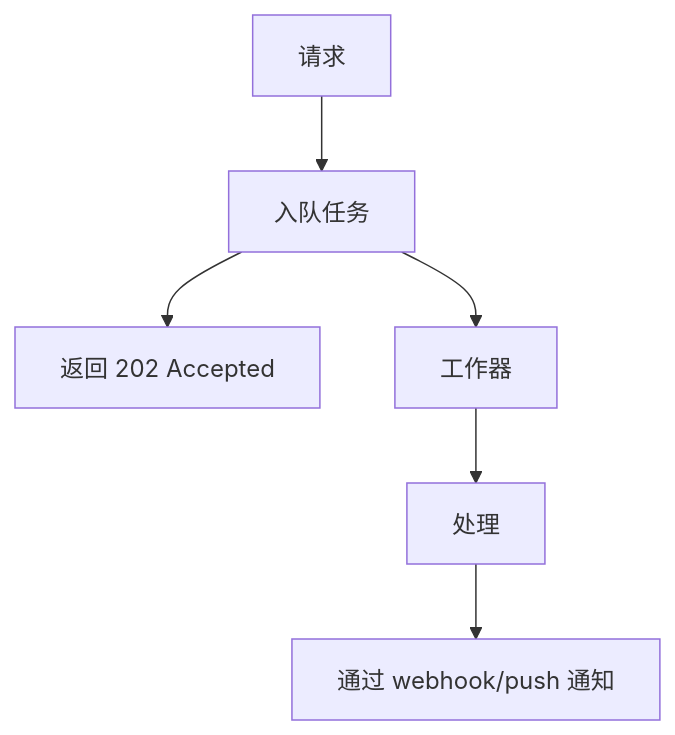
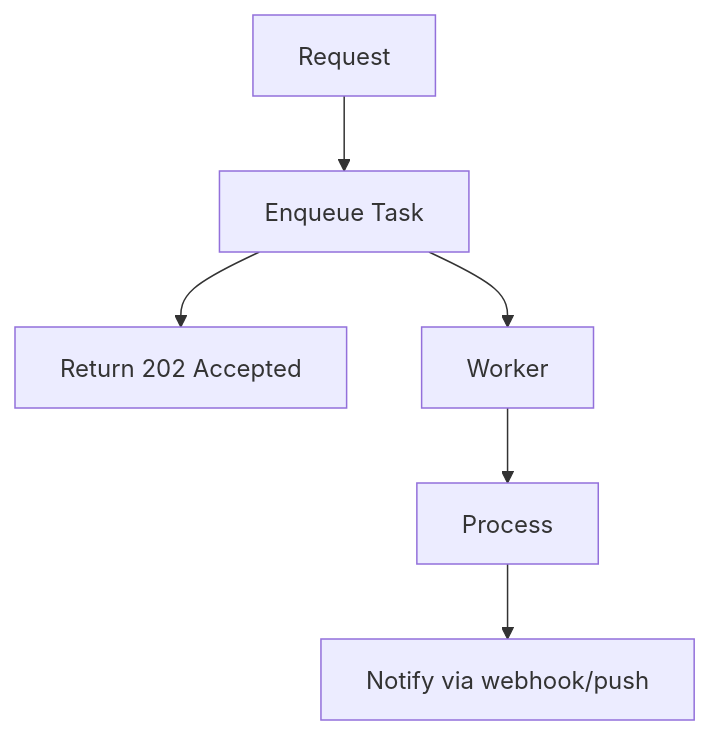
One commit to Kirky-X/diting changed the diagram in references/performance/performance-deep-dive.md. Above: the diagram before and after it, drawn with Mermaid. The commit also changed other lines of this file and 78 other files, not shown here.

````diff
--- a/references/performance/performance-deep-dive.md
+++ b/references/performance/performance-deep-dive.md
@@ -213,8 +213,8 @@
 ```mermaid
 flowchart TD
-    Req["请求"] --> Queue["入队任务"]
-    Queue --> Resp["返回 202 Accepted"]
-    Queue --> Worker["工作器"]
-    Worker --> Proc["处理"]
-    Proc --> Notify["通过 webhook/push 通知"]
+    Req["Request"] --> Queue["Enqueue Task"]
+    Queue --> Resp["Return 202 Accepted"]
+    Queue --> Worker["Worker"]
+    Worker --> Proc["Process"]
+    Proc --> Notify["Notify via webhook/push"]
 ```
````
